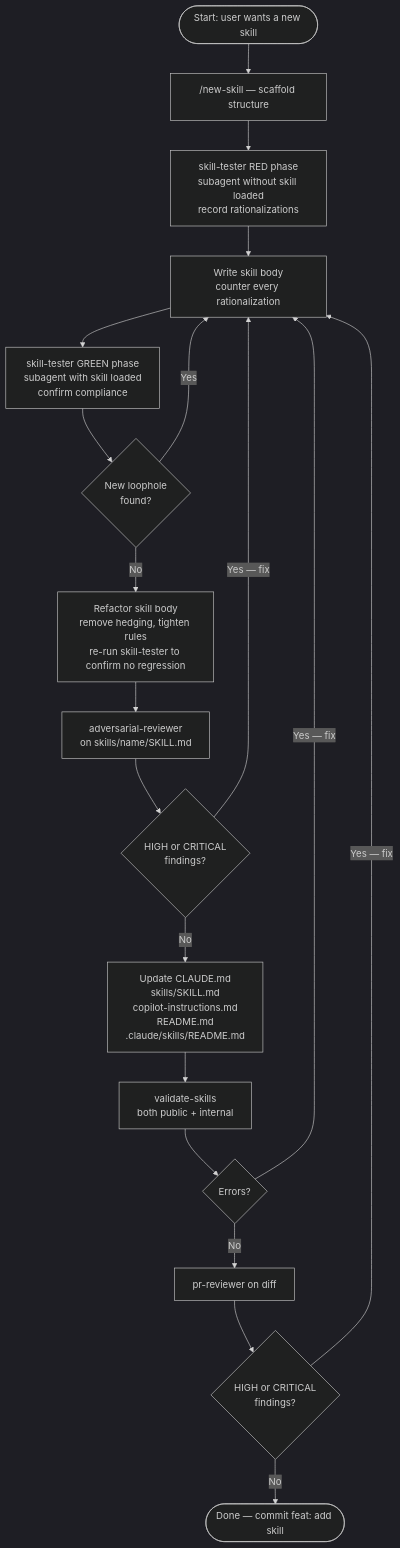
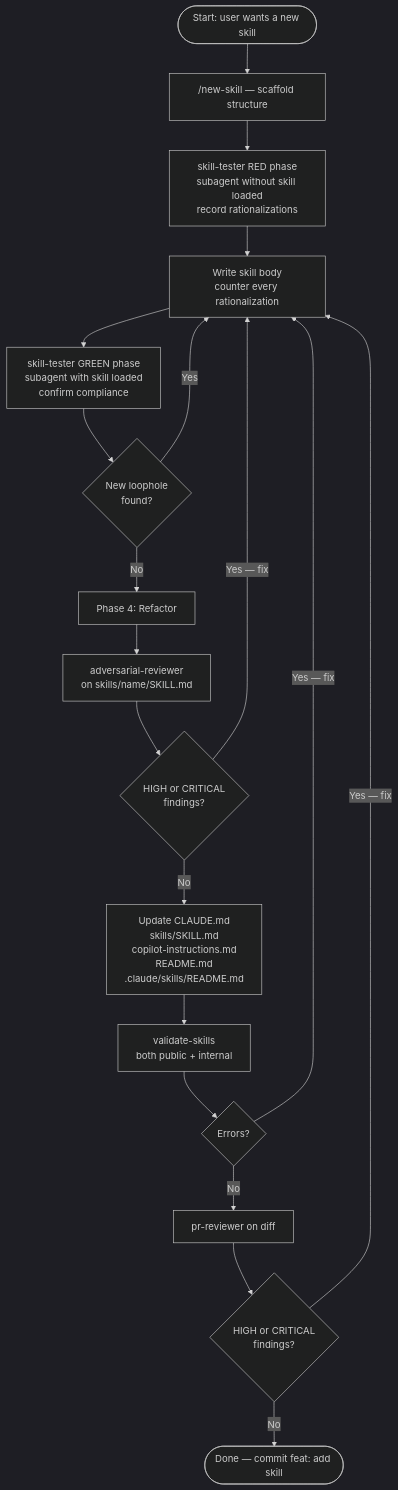
The second of 6 diagrams in .claude/skills/README.md (ivuorinen/skills), drawn with Mermaid (dark theme) before and after one commit. The commit also changed 1 other file, not shown here.

Commit message:
fix: simplify REFACTOR diagram node and remove redundant checklist reference
Agent-Logs-Url: https://github.com/ivuorinen/skills/sessions/7d703acc-991e-4e79-8293-ef50792c96b1

````diff
--- a/.claude/skills/README.md
+++ b/.claude/skills/README.md
@@ -124,21 +124,21 @@
 ```mermaid
 flowchart TD
     A([Start: user wants a new skill]) --> B["/new-skill — scaffold structure"]
     B --> C[skill-tester RED phase\nsubagent without skill loaded\nrecord rationalizations]
     C --> D[Write skill body\ncounter every rationalization]
     D --> E[skill-tester GREEN phase\nsubagent with skill loaded\nconfirm compliance]
     E --> F{New loophole\nfound?}
     F -->|Yes| D
-    F -->|No| REFACTOR[Refactor skill body\nremove hedging, tighten rules\nre-run skill-tester to confirm no regression]
+    F -->|No| REFACTOR[Phase 4: Refactor]
     REFACTOR --> G[adversarial-reviewer\non skills/name/SKILL.md]
     G --> H{HIGH or CRITICAL\nfindings?}
     H -->|Yes — fix| D
     H -->|No| I[Update CLAUDE.md\nskills/SKILL.md\ncopilot-instructions.md\nREADME.md\n.claude/skills/README.md]
     I --> J[validate-skills\nboth public + internal]
     J --> K{Errors?}
     K -->|Yes — fix| D
     K -->|No| L[pr-reviewer on diff]
     L --> M{HIGH or CRITICAL\nfindings?}
     M -->|Yes — fix| D
     M -->|No| N([Done — commit feat: add skill])
 ```
````
